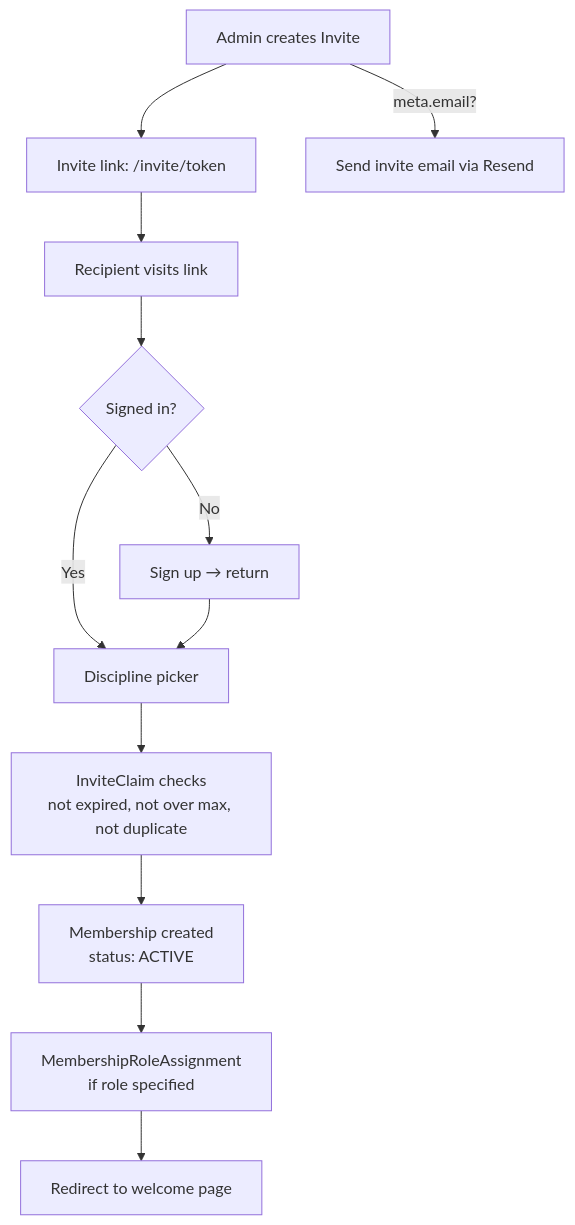
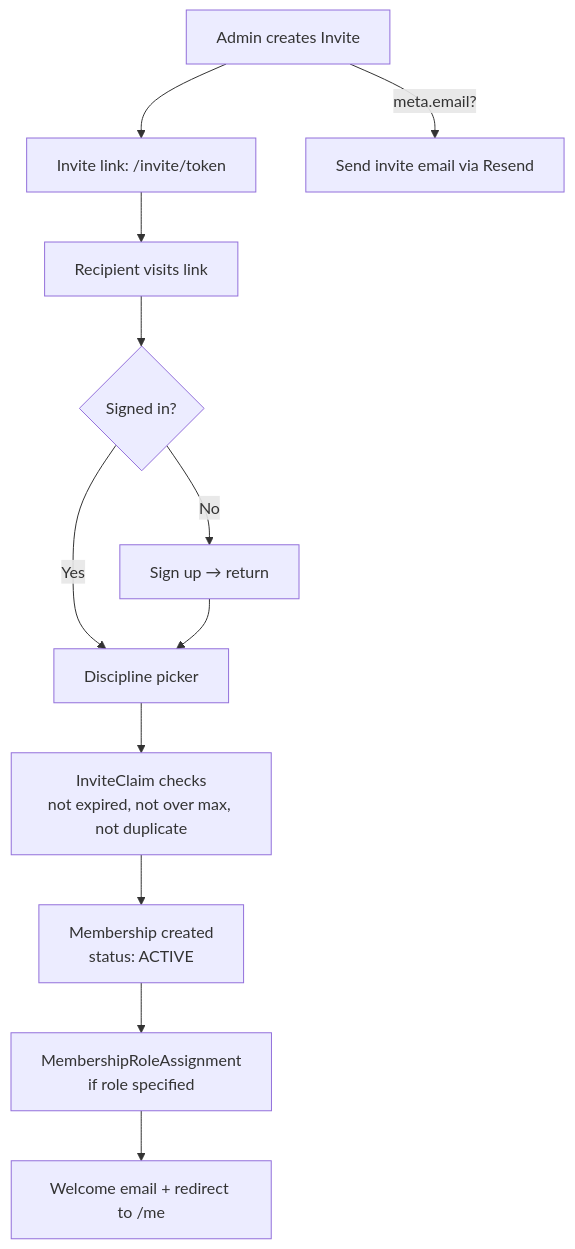
Before and after one commit to Ronin-Dojo-Design/ronin-dojo-baseline: diagram 11 of 14 in docs/runbooks/sops/sop-data-and-wiring-flows.md, drawn with Mermaid. The commit also changed other lines of this file and 1 other file, not shown here.

````diff
--- a/docs/runbooks/sops/sop-data-and-wiring-flows.md
+++ b/docs/runbooks/sops/sop-data-and-wiring-flows.md
@@ -735,14 +754,14 @@
 ```mermaid
 flowchart TD
     ADM[Admin creates Invite] --> LINK[Invite link: /invite/token]
     ADM -->|meta.email?| EMAIL[Send invite email via Resend]
     LINK --> VISIT[Recipient visits link]
     VISIT --> AUTH{Signed in?}
     AUTH -->|No| SIGNUP[Sign up → return]
     AUTH -->|Yes| DISC[Discipline picker]
     SIGNUP --> DISC
     DISC --> CHECK[InviteClaim checks\nnot expired, not over max, not duplicate]
     CHECK --> MEM[Membership created\nstatus: ACTIVE]
     MEM --> ROLE[MembershipRoleAssignment\nif role specified]
-    ROLE --> WELCOME[Redirect to welcome page]
+    ROLE --> WELCOME[Welcome email + redirect to /me]
 ```
````
